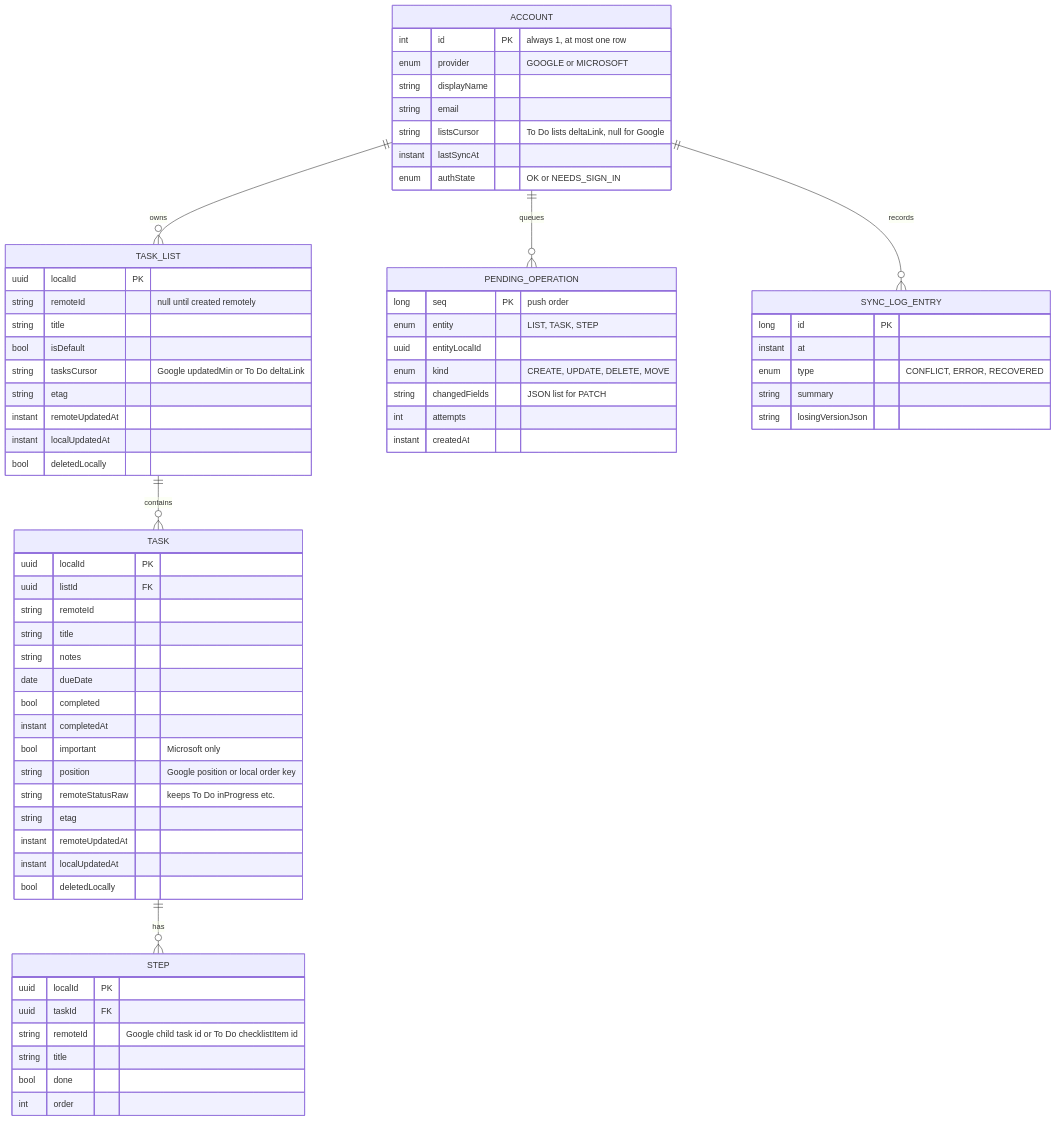
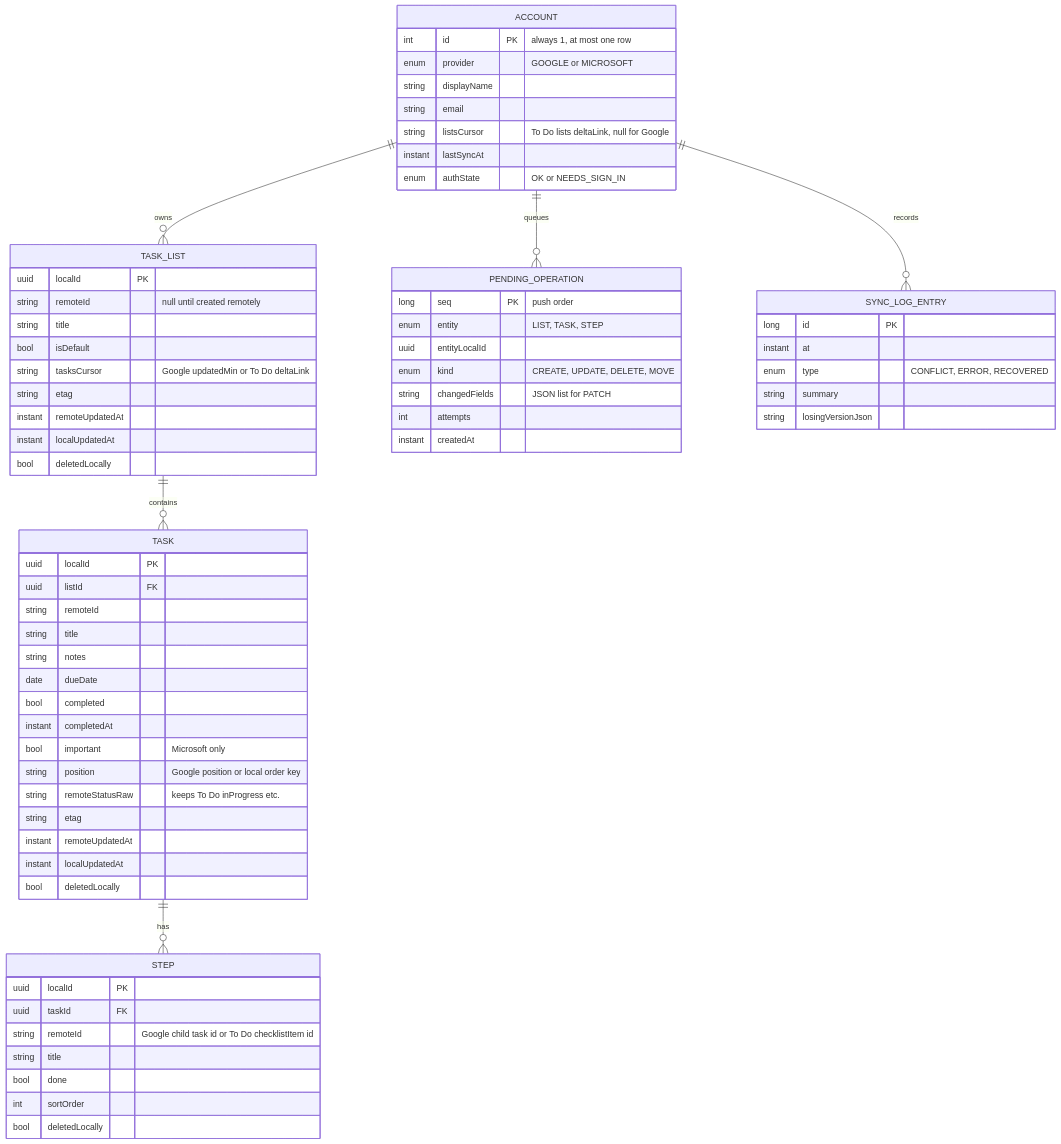
Before and after one commit to samekh248/duenorthtasks: the first of 2 diagrams in specs/001-metro-todo-app/data-model.md, drawn with Mermaid. The commit also changed 16 other files, not shown here.

````diff
--- a/specs/001-metro-todo-app/data-model.md
+++ b/specs/001-metro-todo-app/data-model.md
@@ -5,70 +5,71 @@
 ```mermaid
 erDiagram
     ACCOUNT ||--o{ TASK_LIST : owns
     TASK_LIST ||--o{ TASK : contains
     TASK ||--o{ STEP : has
     ACCOUNT ||--o{ PENDING_OPERATION : queues
     ACCOUNT ||--o{ SYNC_LOG_ENTRY : records
 
     ACCOUNT {
         int id PK "always 1, at most one row"
         enum provider "GOOGLE or MICROSOFT"
         string displayName
         string email
         string listsCursor "To Do lists deltaLink, null for Google"
         instant lastSyncAt
         enum authState "OK or NEEDS_SIGN_IN"
     }
     TASK_LIST {
         uuid localId PK
         string remoteId "null until created remotely"
         string title
         bool isDefault
         string tasksCursor "Google updatedMin or To Do deltaLink"
         string etag
         instant remoteUpdatedAt
         instant localUpdatedAt
         bool deletedLocally
     }
     TASK {
         uuid localId PK
         uuid listId FK
         string remoteId
         string title
         string notes
         date dueDate
         bool completed
         instant completedAt
         bool important "Microsoft only"
         string position "Google position or local order key"
         string remoteStatusRaw "keeps To Do inProgress etc."
         string etag
         instant remoteUpdatedAt
         instant localUpdatedAt
         bool deletedLocally
     }
     STEP {
         uuid localId PK
         uuid taskId FK
         string remoteId "Google child task id or To Do checklistItem id"
         string title
         bool done
-        int order
+        int sortOrder
+        bool deletedLocally
     }
     PENDING_OPERATION {
         long seq PK "push order"
         enum entity "LIST, TASK, STEP"
         uuid entityLocalId
         enum kind "CREATE, UPDATE, DELETE, MOVE"
         string changedFields "JSON list for PATCH"
         int attempts
         instant createdAt
     }
     SYNC_LOG_ENTRY {
         long id PK
         instant at
         enum type "CONFLICT, ERROR, RECOVERED"
         string summary
         string losingVersionJson
     }
 ```
````
